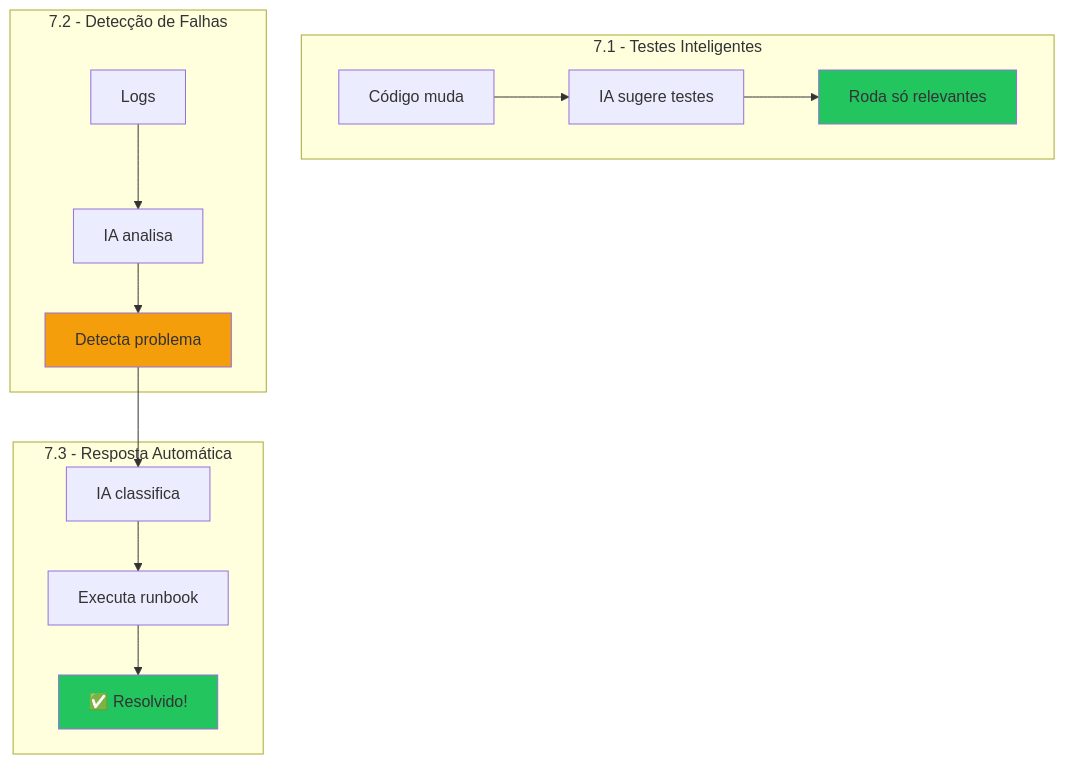
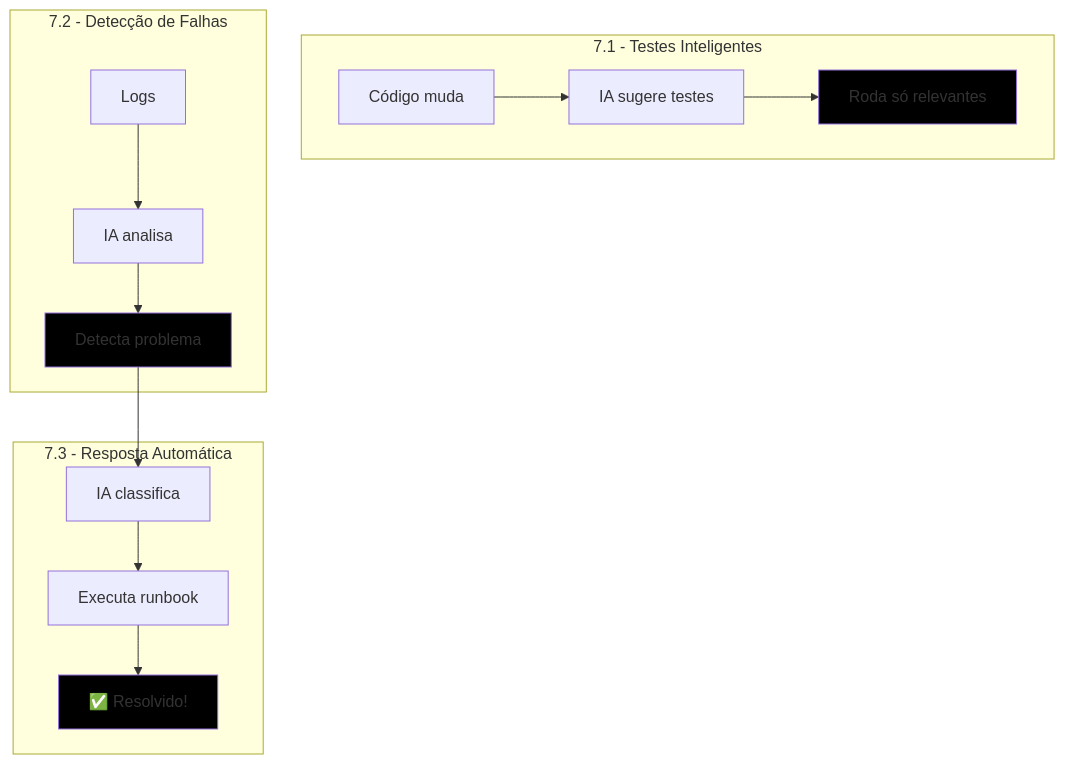
One commit to josenetoo/fiap-dclt-aula07 changed the fifth of 5 diagrams in VIDEO-7.3-PASSO-A-PASSO-v3.md. Above: the diagram before and after it, drawn with Mermaid. The commit also changed other lines of this file and 5 other files, not shown here.

````diff
--- a/VIDEO-7.3-PASSO-A-PASSO-v3.md
+++ b/VIDEO-7.3-PASSO-A-PASSO-v3.md
@@ -585,22 +585,22 @@
 ```mermaid
 graph TB
     subgraph "7.1 - Testes Inteligentes"
         A[Código muda] --> B[IA sugere testes]
         B --> C[Roda só relevantes]
     end
     
     subgraph "7.2 - Detecção de Falhas"
         D[Logs] --> E[IA analisa]
         E --> F[Detecta problema]
     end
     
     subgraph "7.3 - Resposta Automática"
         F --> G[IA classifica]
         G --> H[Executa runbook]
         H --> I[✅ Resolvido!]
     end
     
-    style C fill:#22c55e
-    style F fill:#f59e0b
-    style I fill:#22c55e
+    style C fill:#000000
+    style F fill:#000000
+    style I fill:#000000
 ```
````
